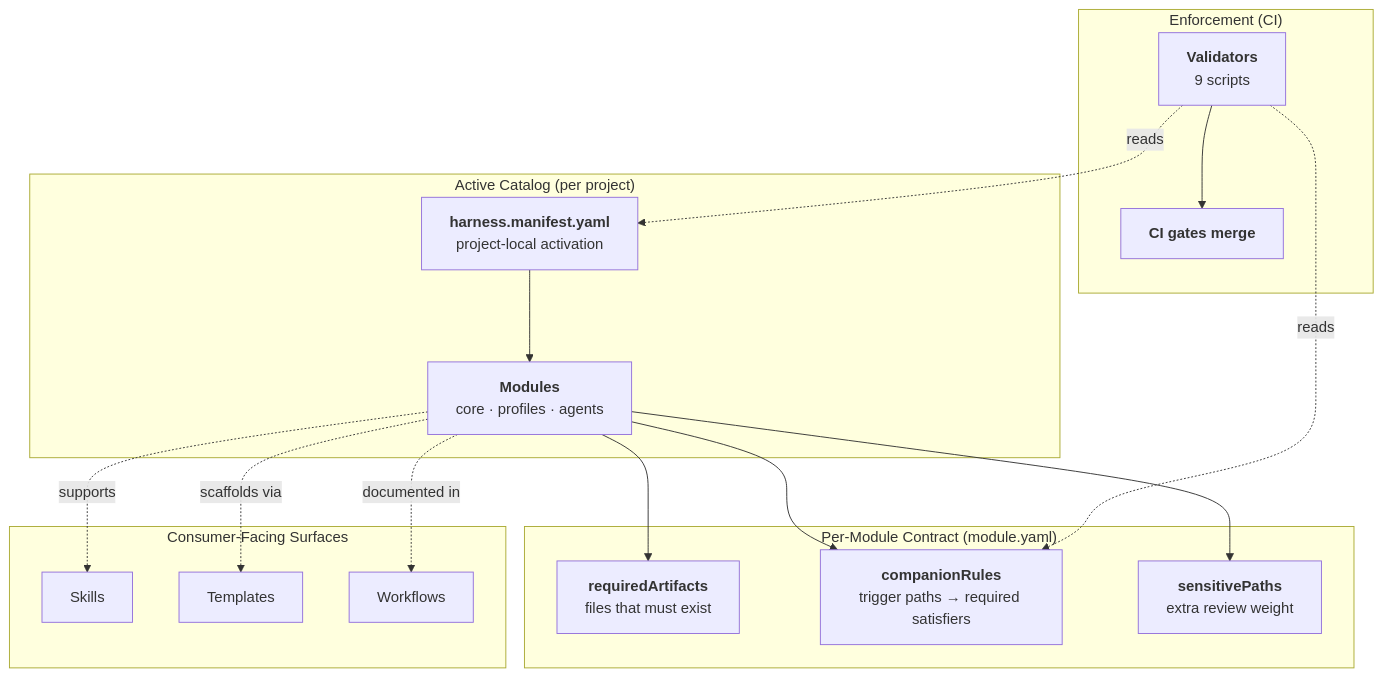
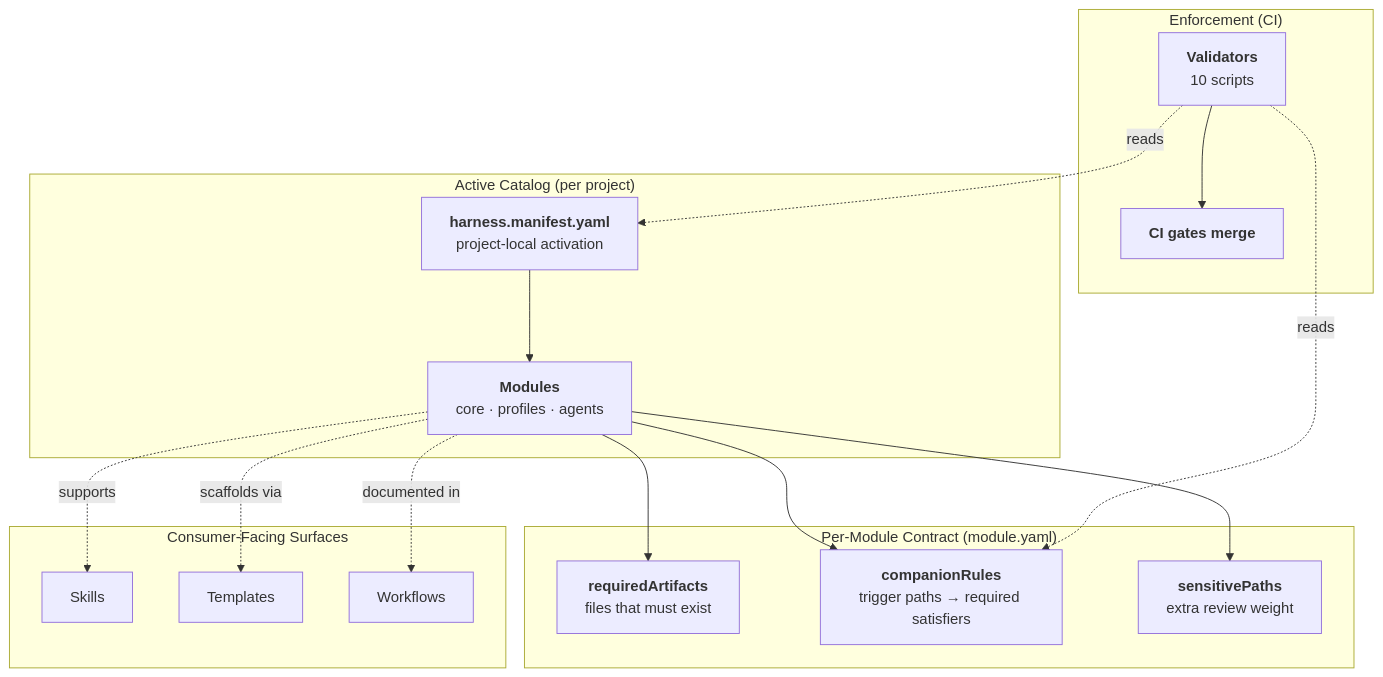
One commit to unclenate/auto-harness changed the diagram in README.md. Above: the diagram before and after it, drawn with Mermaid. The commit also changed other lines of this file and 26 other files, not shown here.

````diff
--- a/README.md
+++ b/README.md
@@ -130,31 +130,31 @@
 ```mermaid
 flowchart TD
     Manifest["<b>harness.manifest.yaml</b><br/>project-local activation"]
 
     subgraph CATALOG["Active Catalog (per project)"]
         Manifest --> Modules["<b>Modules</b><br/>core · profiles · agents"]
     end
 
     subgraph CONTRACT["Per-Module Contract (module.yaml)"]
         Modules --> Required["<b>requiredArtifacts</b><br/>files that must exist"]
         Modules --> Companions["<b>companionRules</b><br/>trigger paths → required satisfiers"]
         Modules --> Sensitive["<b>sensitivePaths</b><br/>extra review weight"]
     end
 
     subgraph ENFORCE["Enforcement (CI)"]
-        Validators["<b>Validators</b><br/>9 scripts"]
+        Validators["<b>Validators</b><br/>10 scripts"]
         Validators -.reads.-> Manifest
         Validators -.reads.-> Companions
         Validators --> CIGate["<b>CI gates merge</b>"]
     end
 
     subgraph SURFACE["Consumer-Facing Surfaces"]
         Skills["Skills"]
         Templates["Templates"]
         Workflows["Workflows"]
     end
 
     Modules -.supports.-> Skills
     Modules -.scaffolds via.-> Templates
     Modules -.documented in.-> Workflows
 ```
````
